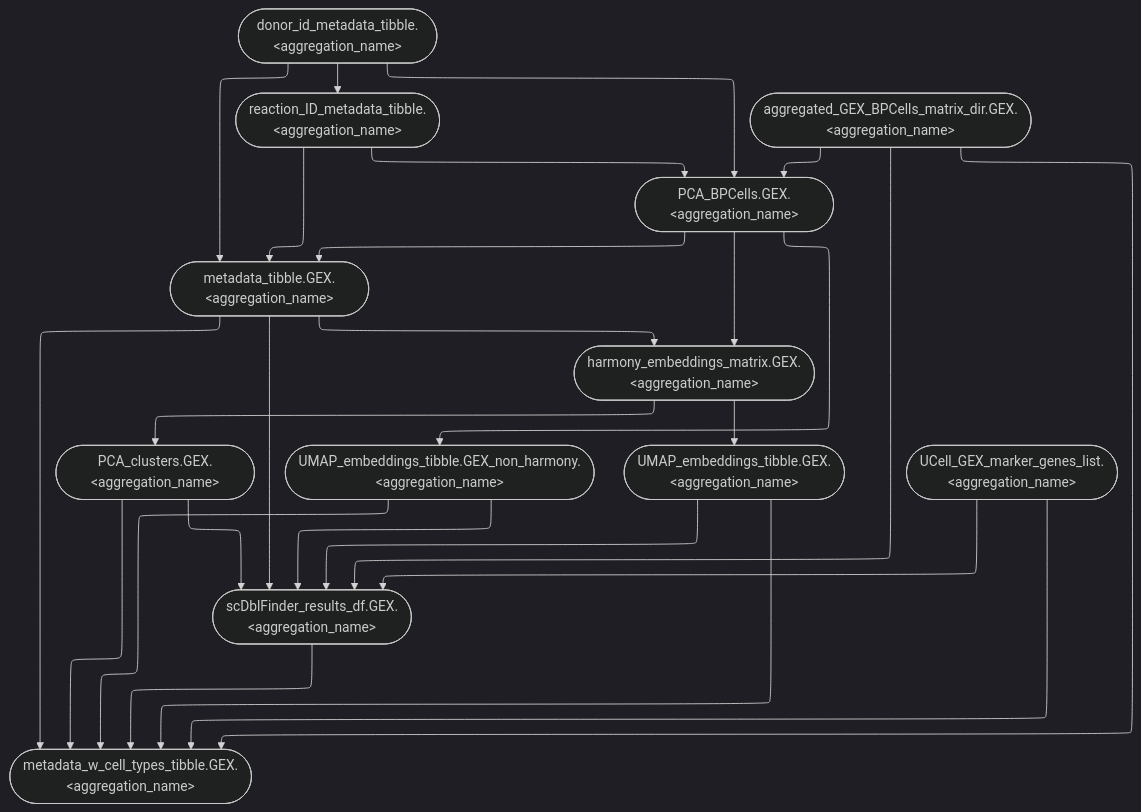
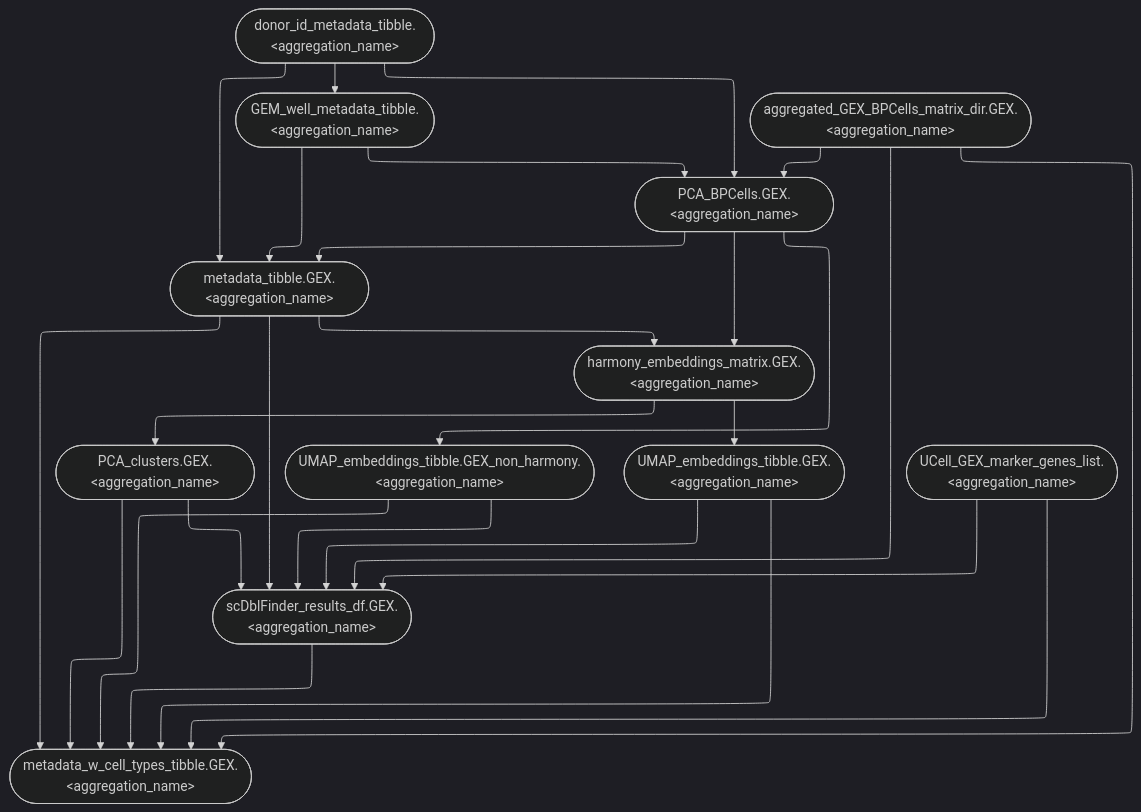
Before and after one commit to koefoeden/multiomeR: the diagram in website/figures/human_curated/GEX_v2.mmd, drawn with Mermaid (dark theme). The commit also changed 70 other files, not shown here.

First line of the commit message:
adopt GEM well terminology throughout pipeline

```diff
--- a/website/figures/human_curated/GEX_v2.mmd
+++ b/website/figures/human_curated/GEX_v2.mmd
@@ -1,27 +1,27 @@
 %%{init: {'flowchart': {'defaultRenderer': 'elk'}}}%%
 flowchart TB
   PCA_BPCells.GEX.brain_mouse(["PCA_BPCells.GEX.&lt;aggregation_name&gt;"]):::none --> harmony_embeddings_matrix.GEX.brain_mouse(["harmony_embeddings_matrix.GEX.&lt;aggregation_name&gt;"]):::none
   metadata_tibble.GEX.brain_mouse(["metadata_tibble.GEX.&lt;aggregation_name&gt;"]):::none --> harmony_embeddings_matrix.GEX.brain_mouse(["harmony_embeddings_matrix.GEX.&lt;aggregation_name&gt;"]):::none
   PCA_BPCells.GEX.brain_mouse(["PCA_BPCells.GEX.&lt;aggregation_name&gt;"]):::none --> metadata_tibble.GEX.brain_mouse(["metadata_tibble.GEX.&lt;aggregation_name&gt;"]):::none
   donor_id_metadata_tibble.brain_mouse(["donor_id_metadata_tibble.&lt;aggregation_name&gt;"]):::none --> metadata_tibble.GEX.brain_mouse(["metadata_tibble.GEX.&lt;aggregation_name&gt;"]):::none
-  reaction_ID_metadata_tibble.brain_mouse(["reaction_ID_metadata_tibble.&lt;aggregation_name&gt;"]):::none --> metadata_tibble.GEX.brain_mouse(["metadata_tibble.GEX.&lt;aggregation_name&gt;"]):::none
+  GEM_well_metadata_tibble.brain_mouse(["GEM_well_metadata_tibble.&lt;aggregation_name&gt;"]):::none --> metadata_tibble.GEX.brain_mouse(["metadata_tibble.GEX.&lt;aggregation_name&gt;"]):::none
   scDblFinder_results_df.GEX.brain_mouse(["scDblFinder_results_df.GEX.&lt;aggregation_name&gt;"]):::none --> metadata_w_cell_types_tibble.GEX.brain_mouse(["metadata_w_cell_types_tibble.GEX.&lt;aggregation_name&gt;"]):::none
   donor_id_metadata_tibble.brain_mouse(["donor_id_metadata_tibble.&lt;aggregation_name&gt;"]):::none --> PCA_BPCells.GEX.brain_mouse(["PCA_BPCells.GEX.&lt;aggregation_name&gt;"]):::none
-  reaction_ID_metadata_tibble.brain_mouse(["reaction_ID_metadata_tibble.&lt;aggregation_name&gt;"]):::none --> PCA_BPCells.GEX.brain_mouse(["PCA_BPCells.GEX.&lt;aggregation_name&gt;"]):::none
+  GEM_well_metadata_tibble.brain_mouse(["GEM_well_metadata_tibble.&lt;aggregation_name&gt;"]):::none --> PCA_BPCells.GEX.brain_mouse(["PCA_BPCells.GEX.&lt;aggregation_name&gt;"]):::none
   harmony_embeddings_matrix.GEX.brain_mouse(["harmony_embeddings_matrix.GEX.&lt;aggregation_name&gt;"]):::none --> PCA_clusters.GEX.brain_mouse(["PCA_clusters.GEX.&lt;aggregation_name&gt;"]):::none
-  donor_id_metadata_tibble.brain_mouse(["donor_id_metadata_tibble.&lt;aggregation_name&gt;"]):::none --> reaction_ID_metadata_tibble.brain_mouse(["reaction_ID_metadata_tibble.&lt;aggregation_name&gt;"]):::none
+  donor_id_metadata_tibble.brain_mouse(["donor_id_metadata_tibble.&lt;aggregation_name&gt;"]):::none --> GEM_well_metadata_tibble.brain_mouse(["GEM_well_metadata_tibble.&lt;aggregation_name&gt;"]):::none
   PCA_BPCells.GEX.brain_mouse(["PCA_BPCells.GEX.&lt;aggregation_name&gt;"]):::none --> UMAP_embeddings_tibble.GEX_non_harmony.brain_mouse(["UMAP_embeddings_tibble.GEX_non_harmony.&lt;aggregation_name&gt;"]):::none
   harmony_embeddings_matrix.GEX.brain_mouse(["harmony_embeddings_matrix.GEX.&lt;aggregation_name&gt;"]):::none --> UMAP_embeddings_tibble.GEX.brain_mouse(["UMAP_embeddings_tibble.GEX.&lt;aggregation_name&gt;"]):::none
   aggregated_GEX_BPCells_matrix_dir.GEX.brain_mouse(["aggregated_GEX_BPCells_matrix_dir.GEX.&lt;aggregation_name&gt;"]):::none --> PCA_BPCells.GEX.brain_mouse(["PCA_BPCells.GEX.&lt;aggregation_name&gt;"]):::none
   aggregated_GEX_BPCells_matrix_dir.GEX.brain_mouse(["aggregated_GEX_BPCells_matrix_dir.GEX.&lt;aggregation_name&gt;"]):::none --> metadata_w_cell_types_tibble.GEX.brain_mouse(["metadata_w_cell_types_tibble.GEX.&lt;aggregation_name&gt;"]):::none
   aggregated_GEX_BPCells_matrix_dir.GEX.brain_mouse(["aggregated_GEX_BPCells_matrix_dir.GEX.&lt;aggregation_name&gt;"]):::none --> scDblFinder_results_df.GEX.brain_mouse(["scDblFinder_results_df.GEX.&lt;aggregation_name&gt;"]):::none
   UCell_GEX_marker_genes_list.brain_mouse(["UCell_GEX_marker_genes_list.&lt;aggregation_name&gt;"]):::none --> metadata_w_cell_types_tibble.GEX.brain_mouse(["metadata_w_cell_types_tibble.GEX.&lt;aggregation_name&gt;"]):::none
   UMAP_embeddings_tibble.GEX.brain_mouse(["UMAP_embeddings_tibble.GEX.&lt;aggregation_name&gt;"]):::none --> metadata_w_cell_types_tibble.GEX.brain_mouse(["metadata_w_cell_types_tibble.GEX.&lt;aggregation_name&gt;"]):::none
   metadata_tibble.GEX.brain_mouse(["metadata_tibble.GEX.&lt;aggregation_name&gt;"]):::none --> metadata_w_cell_types_tibble.GEX.brain_mouse(["metadata_w_cell_types_tibble.GEX.&lt;aggregation_name&gt;"]):::none
   UMAP_embeddings_tibble.GEX_non_harmony.brain_mouse(["UMAP_embeddings_tibble.GEX_non_harmony.&lt;aggregation_name&gt;"]):::none --> metadata_w_cell_types_tibble.GEX.brain_mouse(["metadata_w_cell_types_tibble.GEX.&lt;aggregation_name&gt;"]):::none
   PCA_clusters.GEX.brain_mouse(["PCA_clusters.GEX.&lt;aggregation_name&gt;"]):::none --> metadata_w_cell_types_tibble.GEX.brain_mouse(["metadata_w_cell_types_tibble.GEX.&lt;aggregation_name&gt;"]):::none
   UCell_GEX_marker_genes_list.brain_mouse(["UCell_GEX_marker_genes_list.&lt;aggregation_name&gt;"]):::none --> scDblFinder_results_df.GEX.brain_mouse(["scDblFinder_results_df.GEX.&lt;aggregation_name&gt;"]):::none
   UMAP_embeddings_tibble.GEX.brain_mouse(["UMAP_embeddings_tibble.GEX.&lt;aggregation_name&gt;"]):::none --> scDblFinder_results_df.GEX.brain_mouse(["scDblFinder_results_df.GEX.&lt;aggregation_name&gt;"]):::none
   metadata_tibble.GEX.brain_mouse(["metadata_tibble.GEX.&lt;aggregation_name&gt;"]):::none --> scDblFinder_results_df.GEX.brain_mouse(["scDblFinder_results_df.GEX.&lt;aggregation_name&gt;"]):::none
   UMAP_embeddings_tibble.GEX_non_harmony.brain_mouse(["UMAP_embeddings_tibble.GEX_non_harmony.&lt;aggregation_name&gt;"]):::none --> scDblFinder_results_df.GEX.brain_mouse(["scDblFinder_results_df.GEX.&lt;aggregation_name&gt;"]):::none
   PCA_clusters.GEX.brain_mouse(["PCA_clusters.GEX.&lt;aggregation_name&gt;"]):::none --> scDblFinder_results_df.GEX.brain_mouse(["scDblFinder_results_df.GEX.&lt;aggregation_name&gt;"]):::none
```
